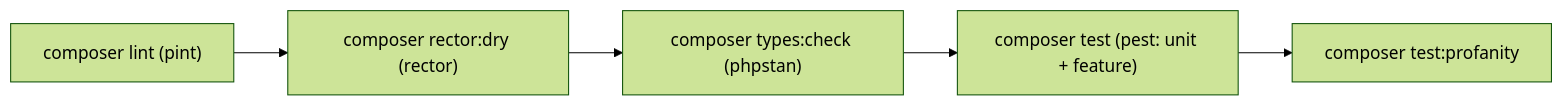
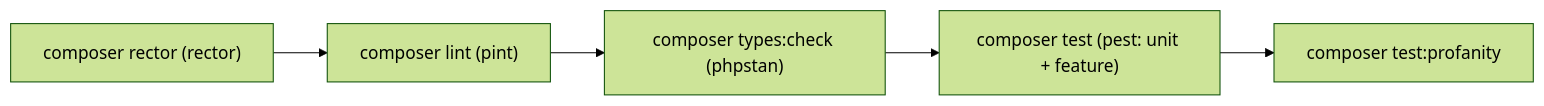
Before and after one commit to thomiOmi/laravel-starterkit-api: the seventh of 7 diagrams in docs/architecture.md, drawn with Mermaid (forest theme). The commit also changed 38 other files, not shown here.

````diff
--- a/docs/architecture.md
+++ b/docs/architecture.md
@@ -747,7 +747,7 @@
 ```mermaid
 flowchart LR
-    A["composer lint (pint)"] --> B["composer rector:dry (rector)"]
+    A["composer rector (rector)"] --> B["composer lint (pint)"]
     B --> C["composer types:check (phpstan)"]
     C --> D["composer test (pest: unit + feature)"]
     D --> E["composer test:profanity"]
 ```
````
